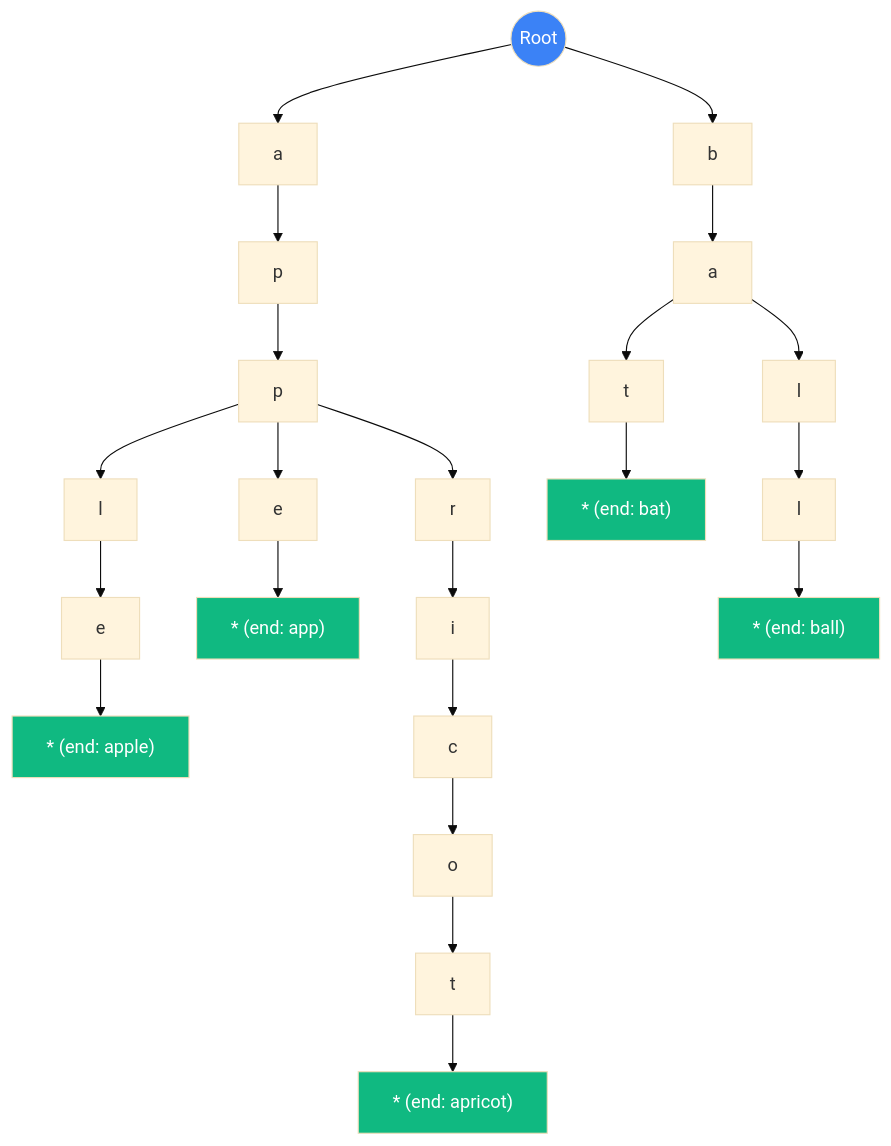
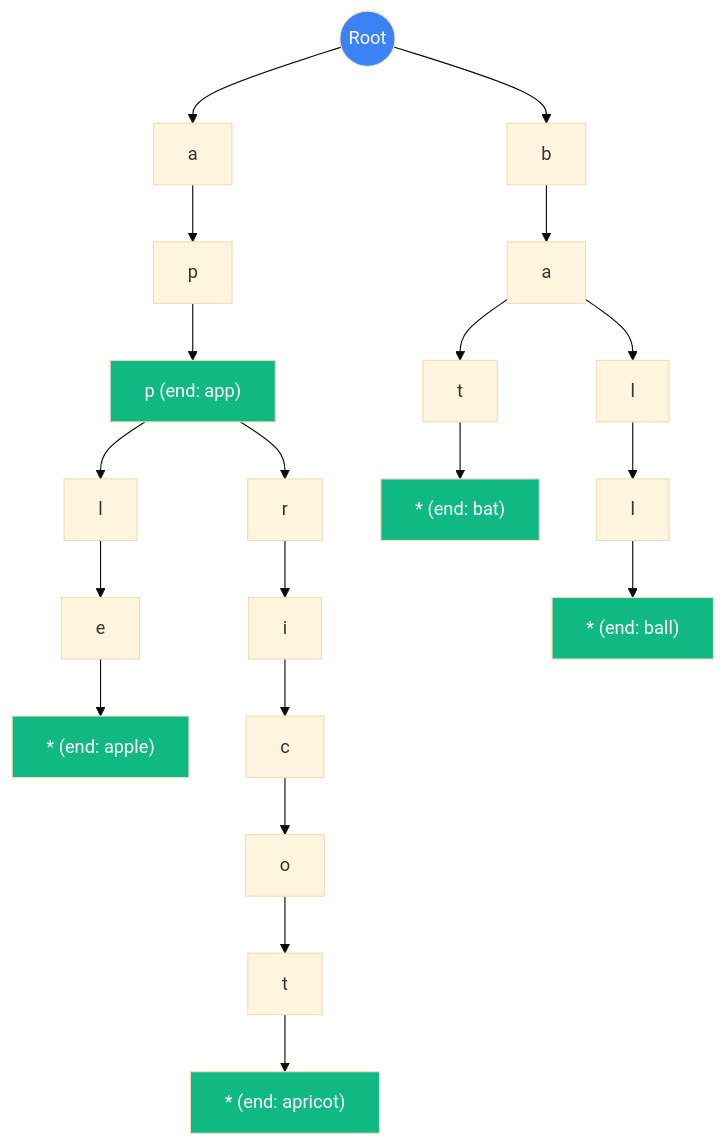
One commit to maitieubao/VisualizationDSA changed the diagram in frontend/src/features/docs/content/trees/trie-prefix-tree.md. Above: the diagram before and after it, drawn with Mermaid (base theme). The commit also changed other lines of this file and 570 other files, not shown here.

````diff
--- a/frontend/src/features/docs/content/trees/trie-prefix-tree.md
+++ b/frontend/src/features/docs/content/trees/trie-prefix-tree.md
@@ -39,37 +39,34 @@
 ```mermaid
 flowchart TD
     Root((Root)) --> A["a"]
     Root --> B["b"]
     
     A --> P1["p"]
-    P1 --> P2["p"]
+    P1 --> P2["p (end: app)"]
     P2 --> L1["l"]
-    P2 --> E["e"]
     P2 --> R["r"]
     
     L1 --> E1["e"]
     E1 --> Star1["* (end: apple)"]
-    
-    E --> Star2["* (end: app)"]
     
     R --> I["i"]
     I --> C["c"]
     C --> O["o"]
     O --> T1["t"]
     T1 --> Star3["* (end: apricot)"]
     
     B --> A1["a"]
     A1 --> T2["t"]
     T2 --> Star4["* (end: bat)"]
     
     A1 --> L3["l"]
     L3 --> L2["l"]
     L2 --> Star5["* (end: ball)"]
     
     style Root fill:#3b82f6,color:#fff
+    style P2 fill:#10b981,color:#fff
     style Star1 fill:#10b981,color:#fff
-    style Star2 fill:#10b981,color:#fff
     style Star3 fill:#10b981,color:#fff
     style Star4 fill:#10b981,color:#fff
     style Star5 fill:#10b981,color:#fff
 ```
````
